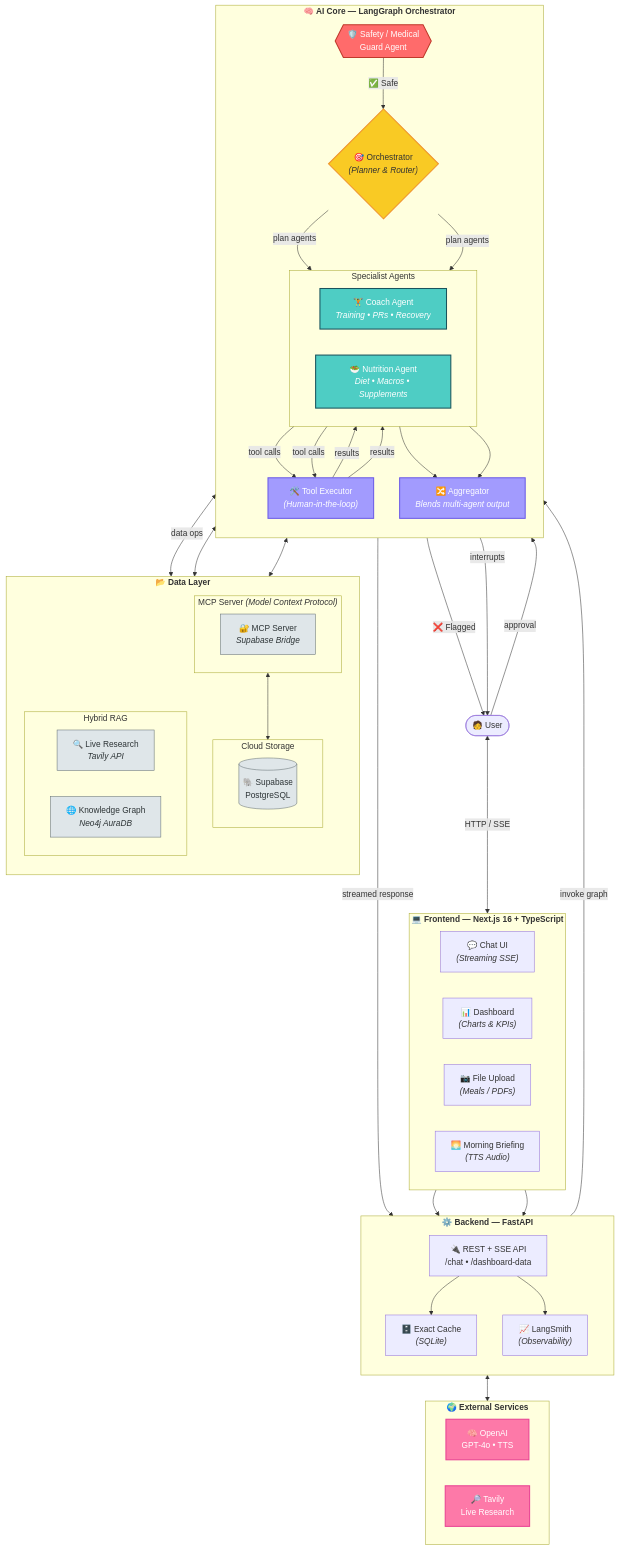
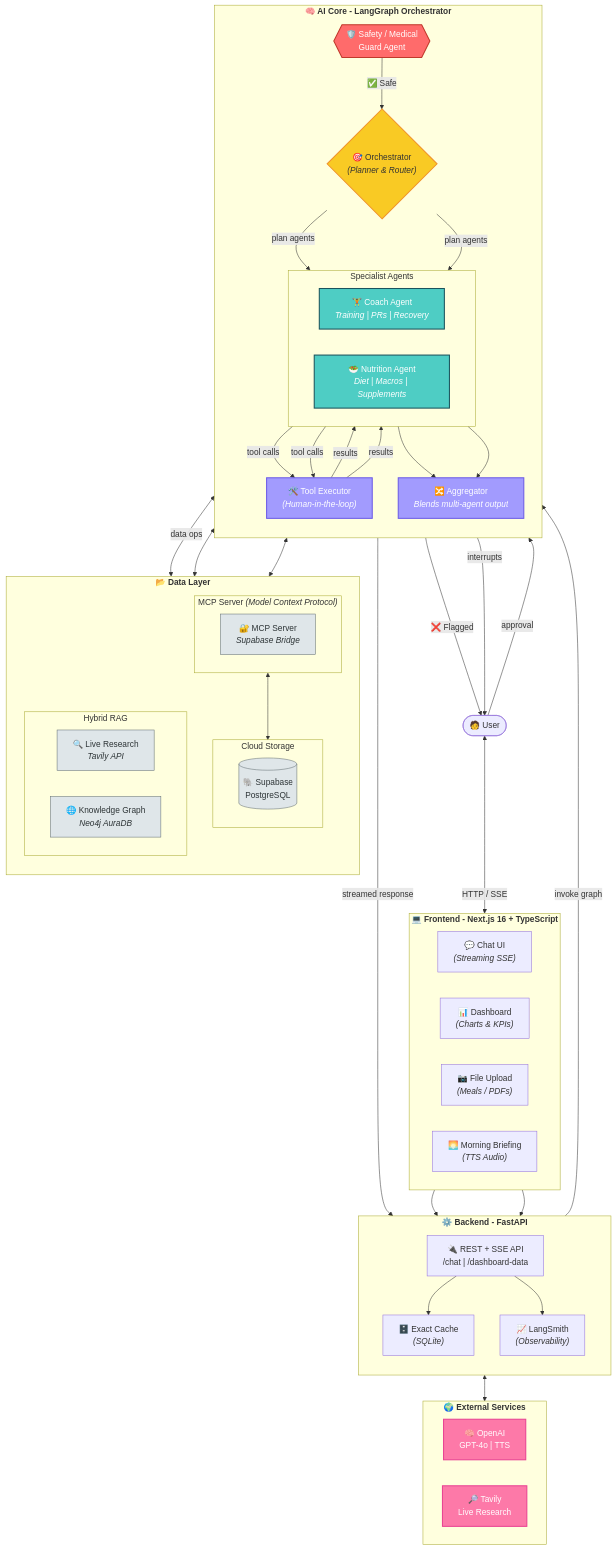
The diagram in README.md (phungductung/ai-fitness-pal), drawn with Mermaid before and after one commit.

Commit message:
docs: simplify formatting and update mermaid diagram labels in README.md

```diff
--- a/README.md
+++ b/README.md
@@ -19,7 +19,7 @@
     %% ── External ──────────────────────────────────────────────
     User(["🧑 User"])
 
-    subgraph Frontend ["<b>💻 Frontend  &mdash;  Next.js 16 + TypeScript</b>"]
+    subgraph Frontend ["<b>💻 Frontend - Next.js 16 + TypeScript</b>"]
         direction LR
         Chat["💬 Chat UI<br/><i>(Streaming SSE)</i>"]
         Dashboard["📊 Dashboard<br/><i>(Charts & KPIs)</i>"]
@@ -27,14 +27,14 @@
         Briefing["🌅 Morning Briefing<br/><i>(TTS Audio)</i>"]
     end
 
-    subgraph Backend ["<b>⚙️ Backend  &mdash;  FastAPI</b>"]
+    subgraph Backend ["<b>⚙️ Backend - FastAPI</b>"]
         direction TB
-        API["🔌 REST + SSE API<br/>/chat &bull; /dashboard-data"]
+        API["🔌 REST + SSE API<br/>/chat | /dashboard-data"]
         Cache["🗄️ Exact Cache<br/><i>(SQLite)</i>"]
         Tracing["📈 LangSmith<br/><i>(Observability)</i>"]
     end
 
-    subgraph LangGraph ["<b>🧠 AI Core  &mdash;  LangGraph Orchestrator</b>"]
+    subgraph LangGraph ["<b>🧠 AI Core - LangGraph Orchestrator</b>"]
         direction TB
 
         SafetyGuard{{"🛡️ Safety / Medical<br/>Guard Agent"}}
@@ -43,8 +43,8 @@
 
         subgraph Specialists ["Specialist Agents"]
             direction LR
-            Coach["🏋️ Coach Agent<br/><i>Training &bull; PRs &bull; Recovery</i>"]
-            Nutrition["🥗 Nutrition Agent<br/><i>Diet &bull; Macros &bull; Supplements</i>"]
+            Coach["🏋️ Coach Agent<br/><i>Training | PRs | Recovery</i>"]
+            Nutrition["🥗 Nutrition Agent<br/><i>Diet | Macros | Supplements</i>"]
         end
 
         ToolNode["🛠️ Tool Executor<br/><i>(Human-in-the-loop)</i>"]
@@ -73,12 +73,12 @@
 
     subgraph External ["<b>🌍 External Services</b>"]
         direction LR
-        OpenAI["🧠 OpenAI<br/>GPT-4o &bull; TTS"]
+        OpenAI["🧠 OpenAI<br/>GPT-4o | TTS"]
         Tavily["🔎 Tavily<br/>Live Research"]
     end
 
     %% ── Connections ────────────────────────────────────────────
-    User <-->|"HTTP / SSE"| Frontend
+    User <-->|"HTTP / SSE"| Chat
     Chat --> API
     Dashboard --> API
     
```
